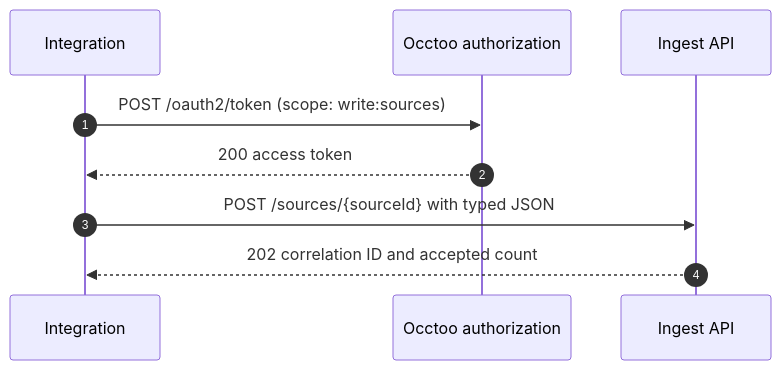
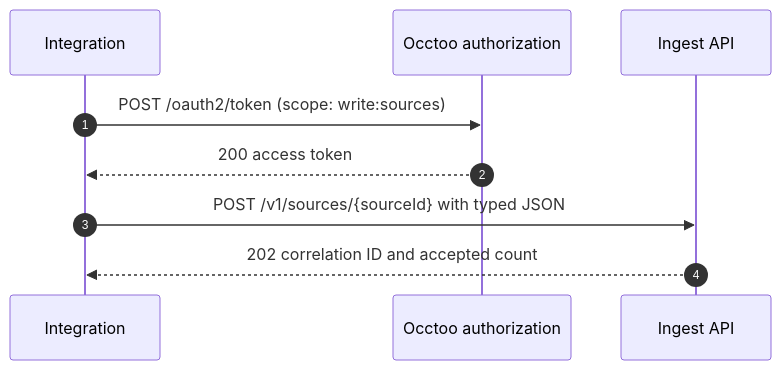
The first of 7 diagrams in api-reference/ingest/overview.mdx (Occtoo/docs), drawn with Mermaid before and after one commit. The commit also changed other lines of this file and 3 other files, not shown here.

````diff
--- a/api-reference/ingest/overview.mdx
+++ b/api-reference/ingest/overview.mdx
@@ -28,12 +28,12 @@
       ```mermaid
       sequenceDiagram
         autonumber
         participant Integration
         participant Auth as Occtoo authorization
         participant API as Ingest API
 
         Integration->>Auth: POST /oauth2/token (scope: write:sources)
         Auth-->>Integration: 200 access token
-        Integration->>API: POST /sources/{sourceId} with typed JSON
+        Integration->>API: POST /v1/sources/{sourceId} with typed JSON
         API-->>Integration: 202 correlation ID and accepted count
       ```
````
